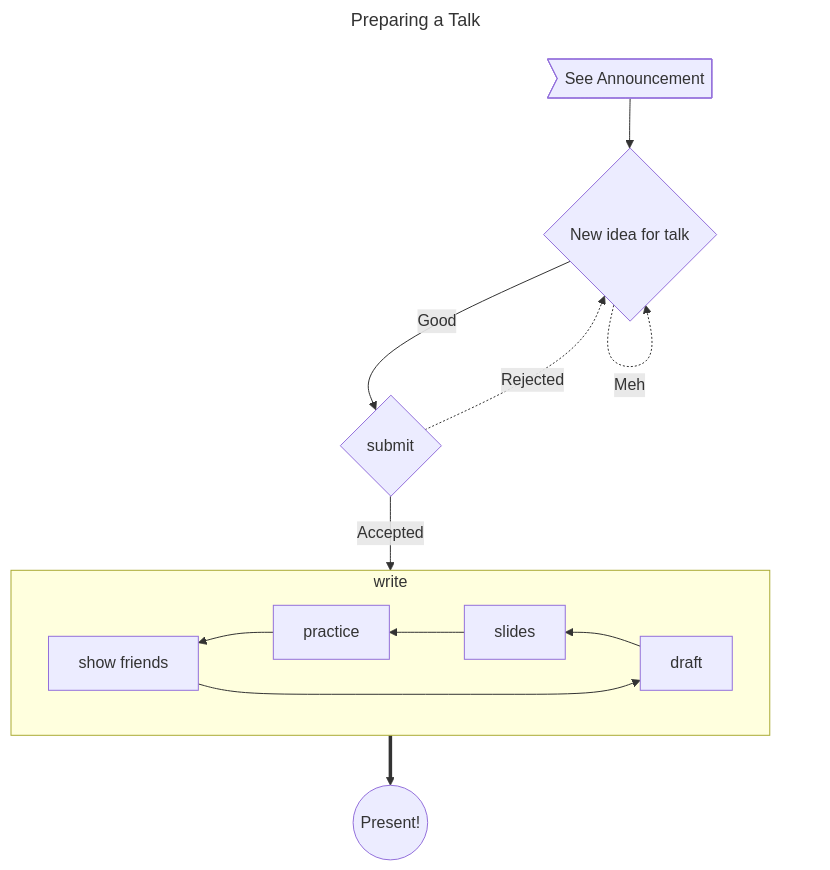
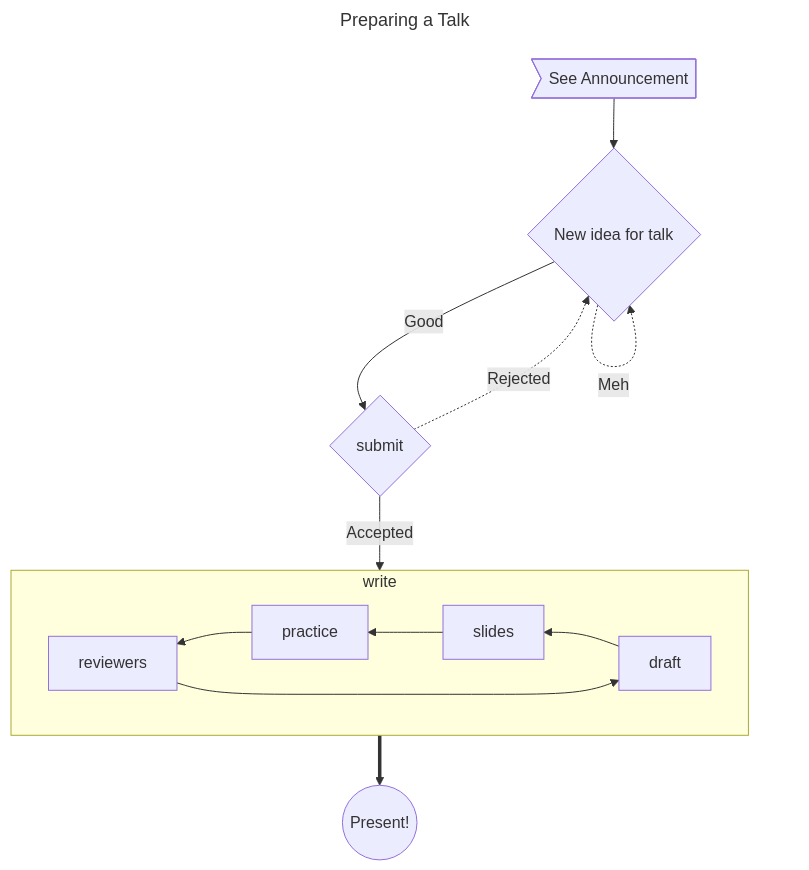
The third of 3 diagrams in flowchart.md (CBielstein/MermaidDiagramsTalk), drawn with Mermaid before and after one commit.

Commit message:
Declare elements at top of full example

````diff
--- a/flowchart.md
+++ b/flowchart.md
@@ -47,23 +47,28 @@
 ```mermaid
 ---
 title: Preparing a Talk
 ---
 flowchart TD
-    cfp>"See Announcement"] --> idea{"New idea for talk"}
+    cfp>"See Announcement"]
+    idea{"New idea for talk"}
+    submit{submit}
+    present((Present!))
 
-    idea --> |Good| submit{submit}
+    cfp --> idea
+
+    idea --> |Good| submit
     idea -.-> |Meh| idea
 
     submit -.-> |Rejected| idea
     submit --> |Accepted| write
 
     subgraph write
         direction RL
         draft -->  slides
         slides --> practice
-        practice --> friends[show friends]
-        friends --> draft
+        practice --> reviewers
+        reviewers --> draft
     end
 
-    write ==> present((Present!))
+    write ==> present
 ```
````
